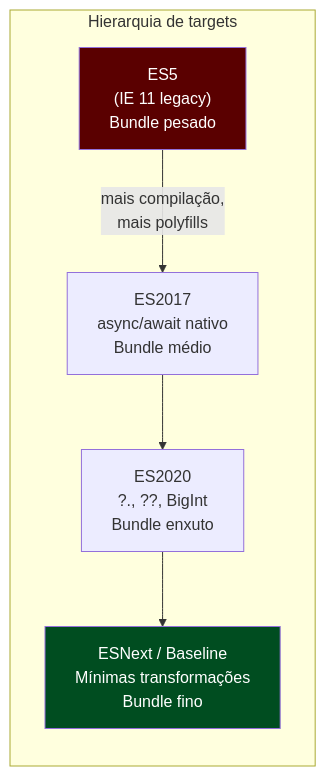
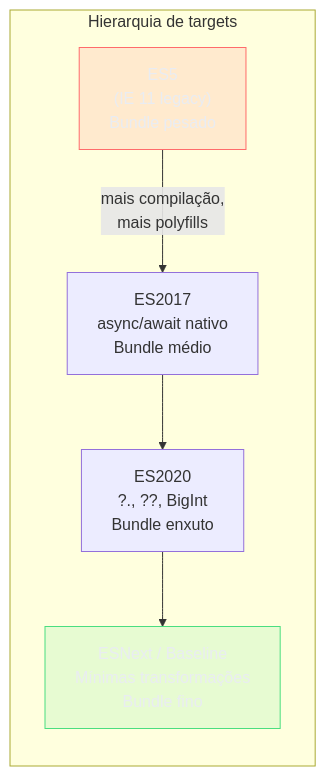
Before and after one commit to josenaldo/codex-technomanticus: the third of 8 diagrams in 03-Dominios/Tecnologia/Tooling e Build/08 - Transpilação e targets.md, drawn with Mermaid. The commit also changed other lines of this file and 1181 other files, not shown here.

First line of the commit message:
fix(diagramas): paleta do sistema no lugar de cor cravada no markdown

````diff
--- a/03-Dominios/Tecnologia/Tooling e Build/08 - Transpilação e targets.md
+++ b/03-Dominios/Tecnologia/Tooling e Build/08 - Transpilação e targets.md
@@ -254,16 +255,18 @@
 ```mermaid
 graph LR
+    classDef falha fill:#FF6B6B24,stroke:#FF6B6B,color:#E9ECF2
+    classDef ok fill:#4ADE8021,stroke:#4ADE80,color:#E9ECF2
     subgraph "Hierarquia de targets"
         ES5["ES5\n(IE 11 legacy)\nBundle pesado"]
         ES2017["ES2017\nasync/await nativo\nBundle médio"]
         ES2020["ES2020\n?., ??, BigInt\nBundle enxuto"]
         ESN["ESNext / Baseline\nMínimas transformações\nBundle fino"]
     end
 
     ES5 -->|"mais compilação,\nmais polyfills"| ES2017
     ES2017 --> ES2020
     ES2020 --> ESN
 
-    style ES5 fill:#5a0000,color:#fff
-    style ESN fill:#004d20,color:#fff
+    class ES5 falha
+    class ESN ok
 ```
````
